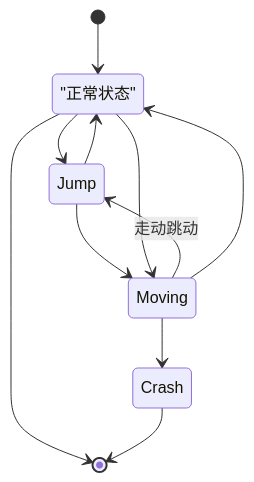
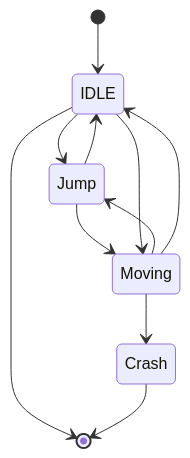
Before and after one commit to miaozhuojun/miaozhuojun.github.io: the second of 3 diagrams in _posts/2021-04-20-KMP.md, drawn with Mermaid.

```diff
--- a/_posts/2021-04-20-KMP.md
+++ b/_posts/2021-04-20-KMP.md
@@ -65,14 +65,13 @@
 <div class="mermaid">
 stateDiagram
-    IDLE: "正常状态"
     [*] --> IDLE
     IDLE --> [*]
     IDLE --> Jump 
     Jump --> IDLE
-    Moving --> Jump : 走动跳动
+    Moving --> Jump
     Jump --> Moving
     IDLE --> Moving
     Moving --> IDLE
     Moving --> Crash
     Crash --> [*]
 </div>
```
